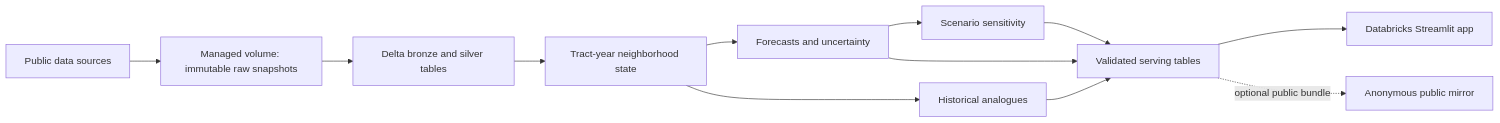
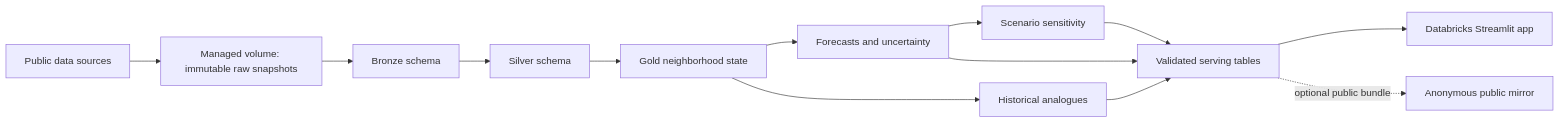
One commit to n-tamm/neighborhood-digital-twin changed the diagram in docs/ARCHITECTURE.md. Above: the diagram before and after it, drawn with Mermaid. The commit also changed 42 other files, not shown here.

````diff
--- a/docs/ARCHITECTURE.md
+++ b/docs/ARCHITECTURE.md
@@ -5,14 +5,15 @@
 ```mermaid
 flowchart LR
     A[Public data sources] --> B[Managed volume: immutable raw snapshots]
-    B --> C[Delta bronze and silver tables]
-    C --> D[Tract-year neighborhood state]
+    B --> C[Bronze schema]
+    C --> D1[Silver schema]
+    D1 --> D[Gold neighborhood state]
     D --> E[Forecasts and uncertainty]
     D --> F[Historical analogues]
     E --> G[Scenario sensitivity]
     E --> H[Validated serving tables]
     F --> H
     G --> H
     H --> I[Databricks Streamlit app]
     H -. optional public bundle .-> J[Anonymous public mirror]
 ```
````
